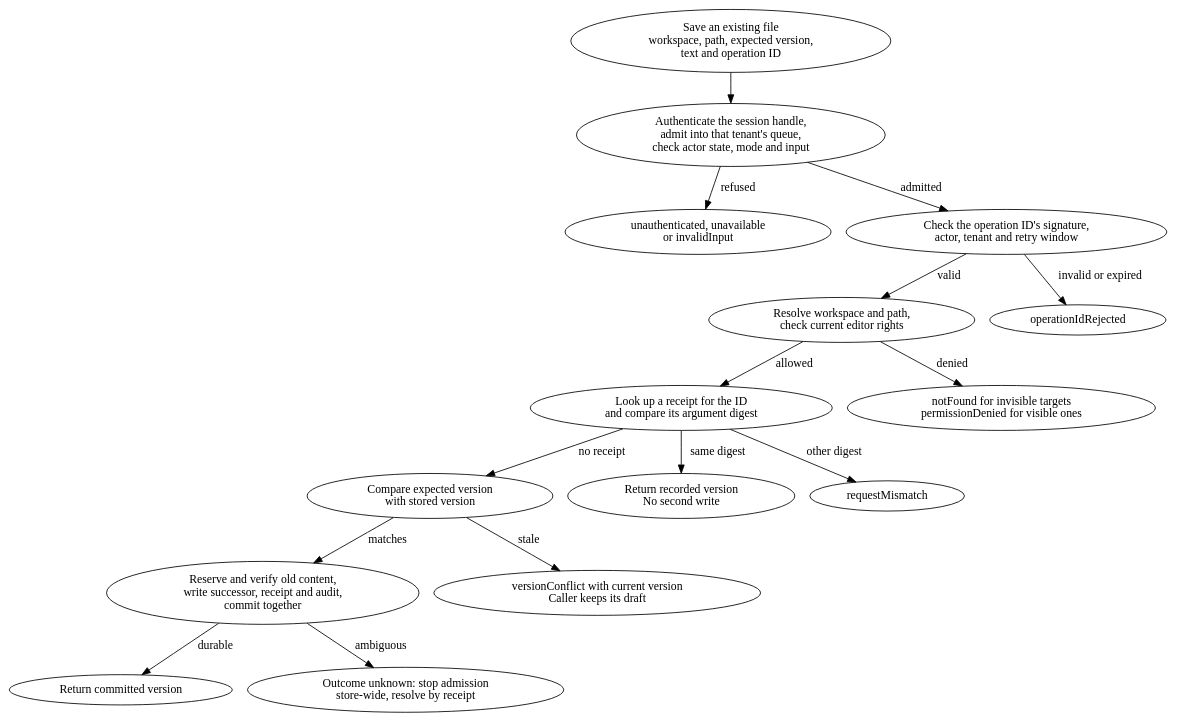
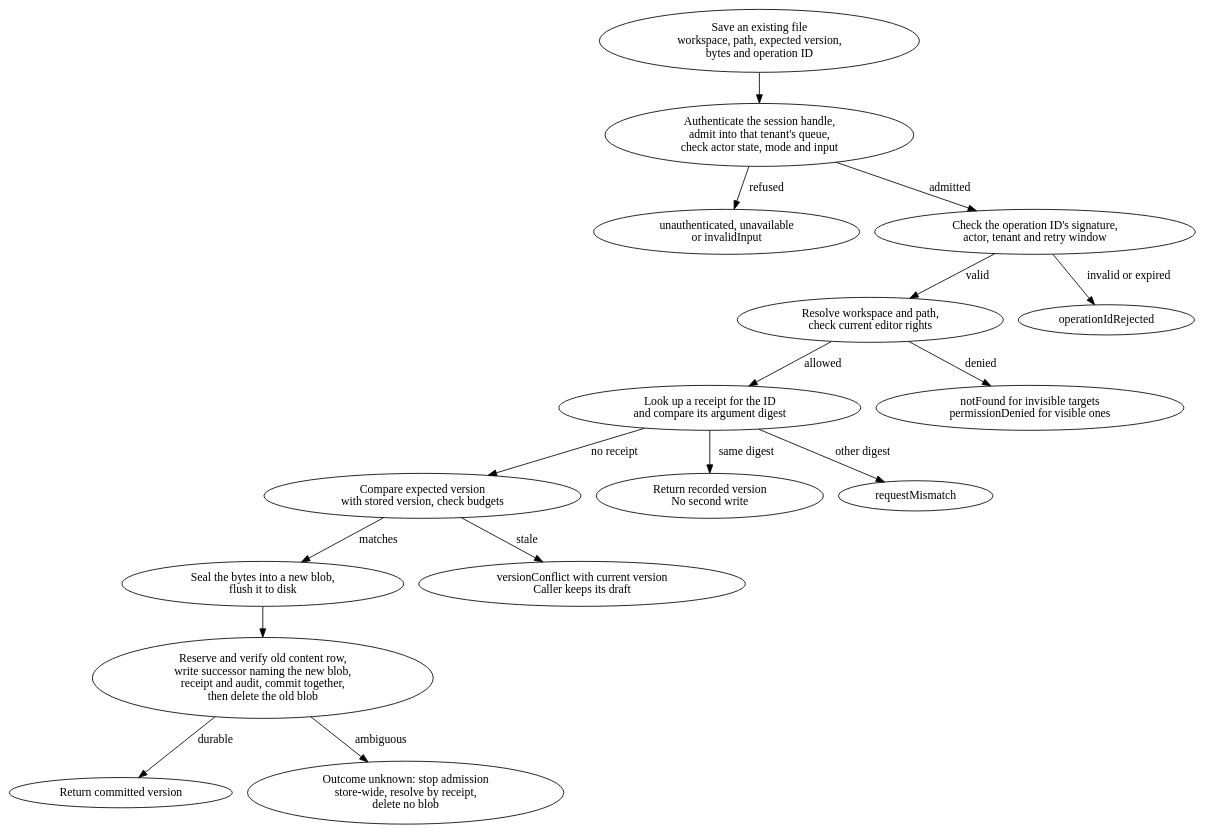
One commit to jeamy/phi-space changed the diagram in docs/img/src/zanzibar-save.dot. Above: the diagram before and after it, drawn with Graphviz. The commit also changed 5 other files, not shown here.

```diff
--- a/docs/img/src/zanzibar-save.dot
+++ b/docs/img/src/zanzibar-save.dot
@@ -1,32 +1,34 @@
 digraph "Saving an existing file inside the tenant queue" {
 #include
-	start [label="Save an existing file\nworkspace, path, expected version,\ntext and operation ID"];
+	start [label="Save an existing file\nworkspace, path, expected version,\nbytes and operation ID"];
 	admit [label="Authenticate the session handle,\nadmit into that tenant's queue,\ncheck actor state, mode and input"];
 	refused [label="unauthenticated, unavailable\nor invalidInput", fillcolor="#f8e9e5"];
 	opid [label="Check the operation ID's signature,\nactor, tenant and retry window"];
 	auth [label="Resolve workspace and path,\ncheck current editor rights"];
 	receipt [label="Look up a receipt for the ID\nand compare its argument digest"];
-	version [label="Compare expected version\nwith stored version"];
-	commit [label="Reserve and verify old content,\nwrite successor, receipt and audit,\ncommit together", fillcolor="#d8eeea"];
+	version [label="Compare expected version\nwith stored version, check budgets"];
+	blob [label="Seal the bytes into a new blob,\nflush it to disk"];
+	commit [label="Reserve and verify old content row,\nwrite successor naming the new blob,\nreceipt and audit, commit together,\nthen delete the old blob", fillcolor="#d8eeea"];
 	rejected [label="operationIdRejected", fillcolor="#f8e9e5"];
 	denied [label="notFound for invisible targets\npermissionDenied for visible ones", fillcolor="#f8e9e5"];
 	replay [label="Return recorded version\nNo second write", fillcolor="#d8eeea"];
 	mismatch [label="requestMismatch", fillcolor="#f8e9e5"];
 	conflict [label="versionConflict with current version\nCaller keeps its draft", fillcolor="#fcf2d9"];
 	ok [label="Return committed version", fillcolor="#d8eeea"];
-	unknown [label="Outcome unknown: stop admission\nstore-wide, resolve by receipt", fillcolor="#fcf2d9"];
+	unknown [label="Outcome unknown: stop admission\nstore-wide, resolve by receipt,\ndelete no blob", fillcolor="#fcf2d9"];
 	start -> admit;
 	admit -> opid [label="admitted"];
 	admit -> refused [label="refused"];
 	opid -> auth [label="valid"];
 	opid -> rejected [label="invalid or expired"];
 	auth -> receipt [label="allowed"];
 	auth -> denied [label="denied"];
 	receipt -> version [label="no receipt"];
 	receipt -> replay [label="same digest"];
 	receipt -> mismatch [label="other digest"];
-	version -> commit [label="matches"];
+	version -> blob [label="matches"];
+	blob -> commit;
 	version -> conflict [label="stale"];
 	commit -> ok [label="durable"];
 	commit -> unknown [label="ambiguous"];
 }
```
